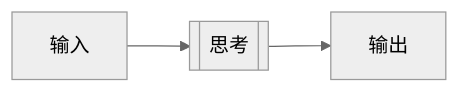
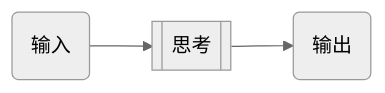
One commit to Dreamwalkor/little-book-of-ai changed the diagram in 09.md. Above: the diagram before and after it, drawn with Mermaid (neutral theme). The commit also changed 2 other files, not shown here.

Commit message:
fixing typo.

````diff
--- a/09.md
+++ b/09.md
@@ -275,5 +275,5 @@
 ```mermaid
 flowchart LR
 
-input[输入] --> method[[思考]] --> output[输出]
+input(输入) --> method[[思考]] --> output(输出)
 ```
````
